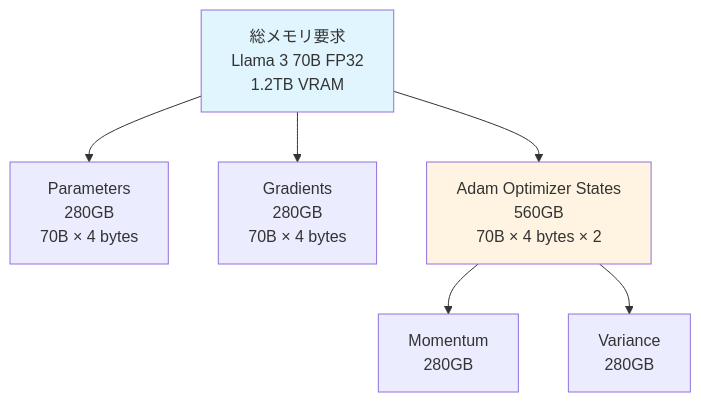
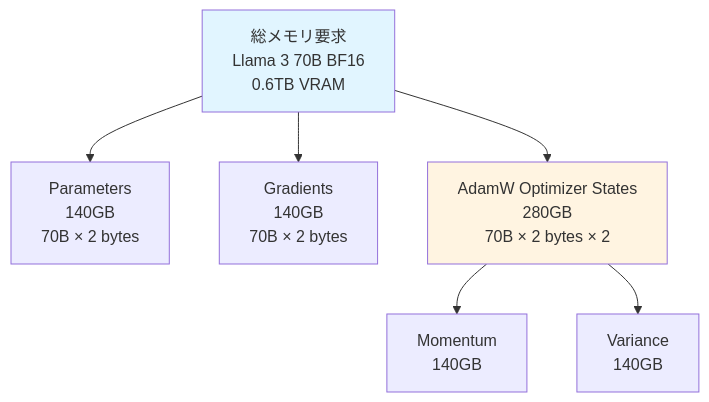
Before and after one commit to littlemex/zenn: the first of 7 diagrams in books/distributed-experiment-collection/background.md, drawn with Mermaid. The commit also changed other lines of this file, not shown here.

````diff
--- a/books/distributed-experiment-collection/background.md
+++ b/books/distributed-experiment-collection/background.md
@@ -136,12 +128,12 @@
 ```mermaid
 graph TD
-    A[総メモリ要求<br/>Llama 3 70B FP32<br/>1.2TB VRAM] --> B[Parameters<br/>280GB<br/>70B × 4 bytes]
-    A --> C[Gradients<br/>280GB<br/>70B × 4 bytes]
-    A --> D[Adam Optimizer States<br/>560GB<br/>70B × 4 bytes × 2]
+    A[総メモリ要求<br/>Llama 3 70B BF16<br/>0.6TB VRAM] --> B[Parameters<br/>140GB<br/>70B × 2 bytes]
+    A --> C[Gradients<br/>140GB<br/>70B × 2 bytes]
+    A --> D[AdamW Optimizer States<br/>280GB<br/>70B × 2 bytes × 2]
     
-    D --> E[Momentum<br/>280GB]
-    D --> F[Variance<br/>280GB]
+    D --> E[Momentum<br/>140GB]
+    D --> F[Variance<br/>140GB]
     
     style A fill:#e1f5ff
     style D fill:#fff4e1
 ```
````
